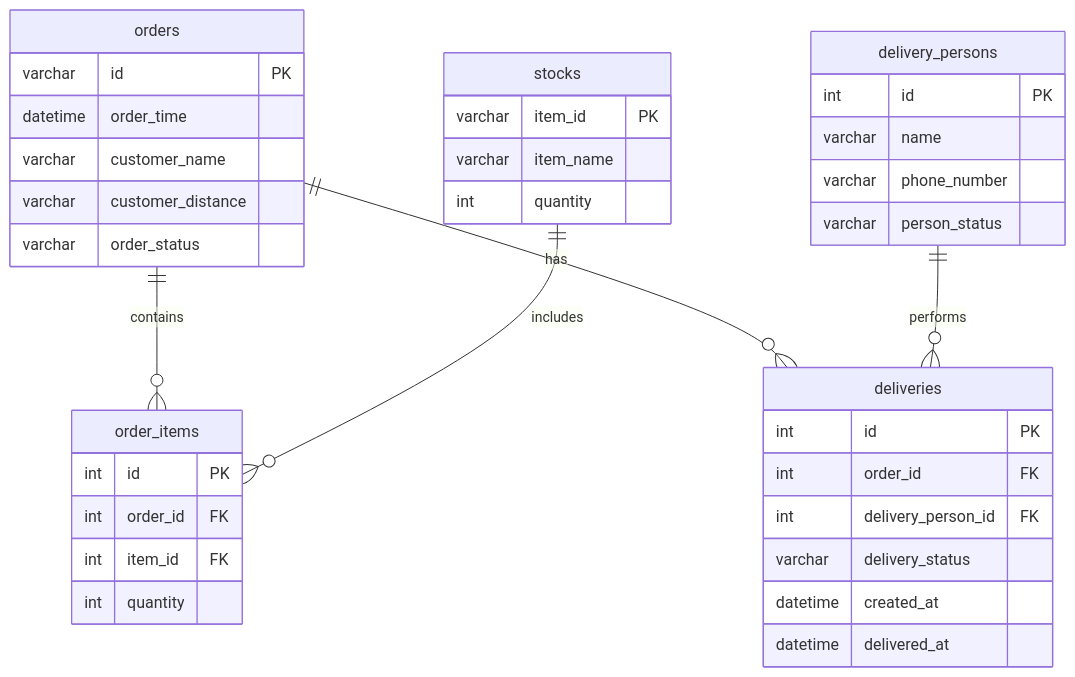
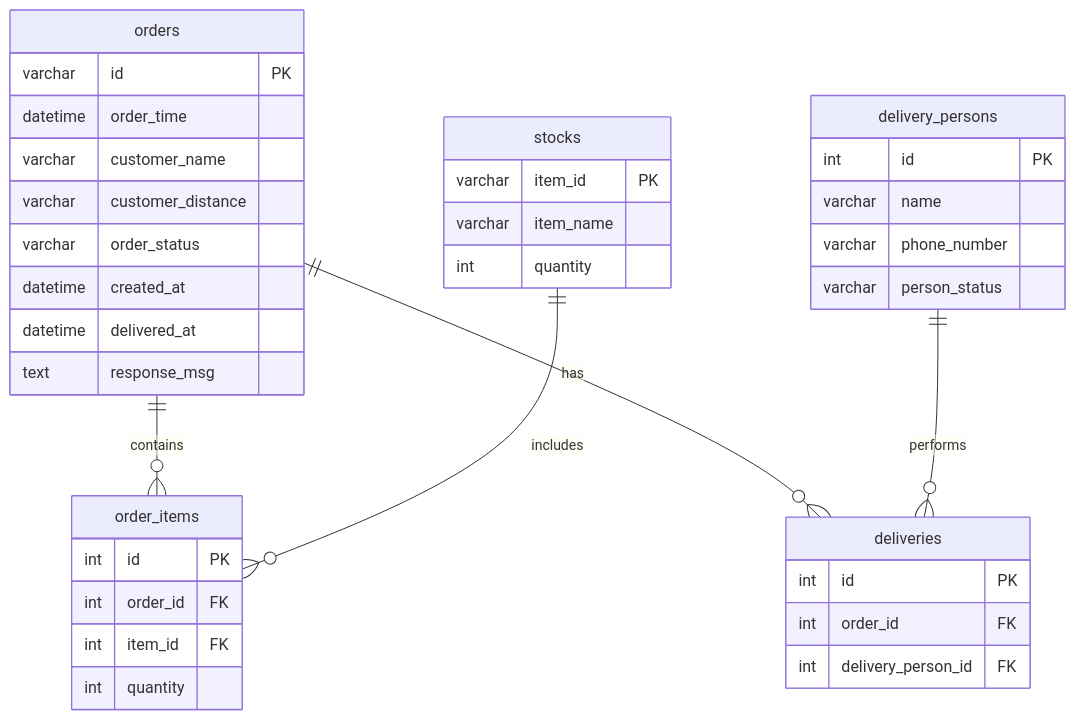
One commit to sandeepgit32/fast-delivery-app-simulation-microservices changed the diagram in schema.mmd. Above: the diagram before and after it, drawn with Mermaid. The commit also changed 6 other files, not shown here.

```diff
--- a/schema.mmd
+++ b/schema.mmd
@@ -1,42 +1,42 @@
 erDiagram
     orders ||--o{ order_items : contains
     orders ||--o{ deliveries : has
     delivery_persons ||--o{ deliveries : performs
     stocks ||--o{ order_items : includes
 
     orders {
         varchar id PK
         datetime order_time
         varchar customer_name
         varchar customer_distance
         varchar order_status
+        datetime created_at
+        datetime delivered_at
+        text response_msg
     }
 
     order_items {
         int id PK
         int order_id FK
         int item_id FK
         int quantity
     }
 
     deliveries {
         int id PK
         int order_id FK
         int delivery_person_id FK
-        varchar delivery_status
-        datetime created_at
-        datetime delivered_at
     }
 
     stocks {
         varchar item_id PK
         varchar item_name
         int quantity
     }
 
     delivery_persons {
         int id PK
         varchar name
         varchar phone_number
         varchar person_status
     }
```
